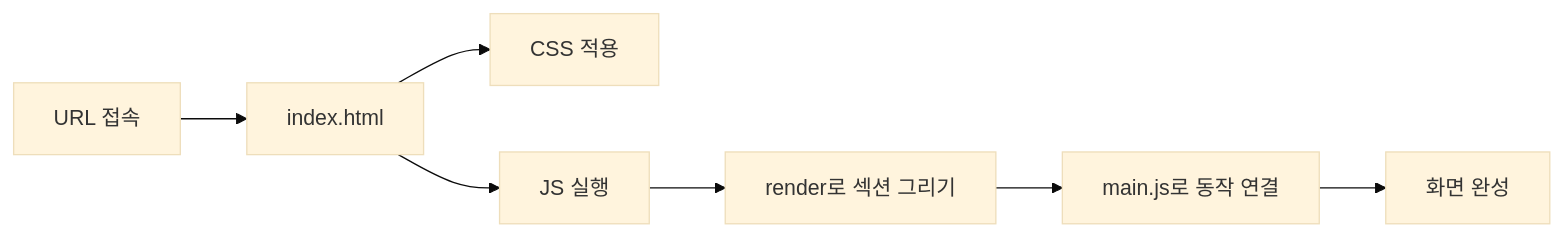
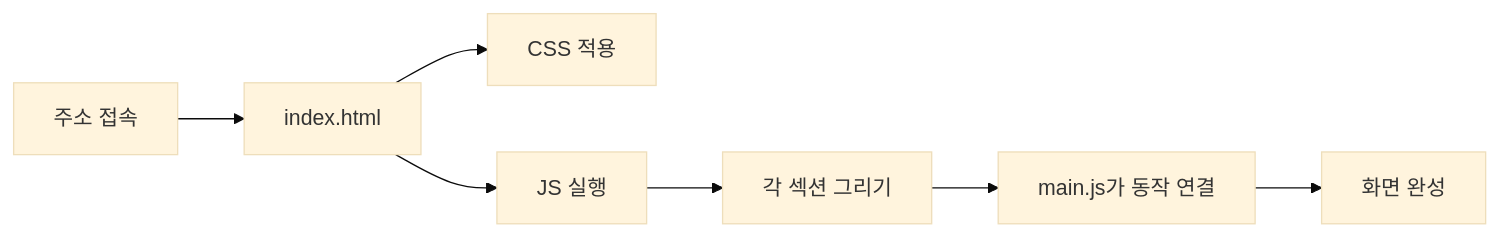
One commit to SEOKBEOM-OH/vibe-coding-portfolio changed the diagram in 1-html-css-js-demo/README.md. Above: the diagram before and after it, drawn with Mermaid (base theme). The commit also changed other lines of this file and 2 other files, not shown here.

````diff
--- a/1-html-css-js-demo/README.md
+++ b/1-html-css-js-demo/README.md
@@ -69,9 +81,9 @@
 ```mermaid
 flowchart LR
-  A[URL 접속] --> B[index.html]
+  A[주소 접속] --> B[index.html]
   B --> C[CSS 적용]
   B --> D[JS 실행]
-  D --> E[render로 섹션 그리기]
-  E --> F[main.js로 동작 연결]
+  D --> E[각 섹션 그리기]
+  E --> F[main.js가 동작 연결]
   F --> G[화면 완성]
 ```
````
